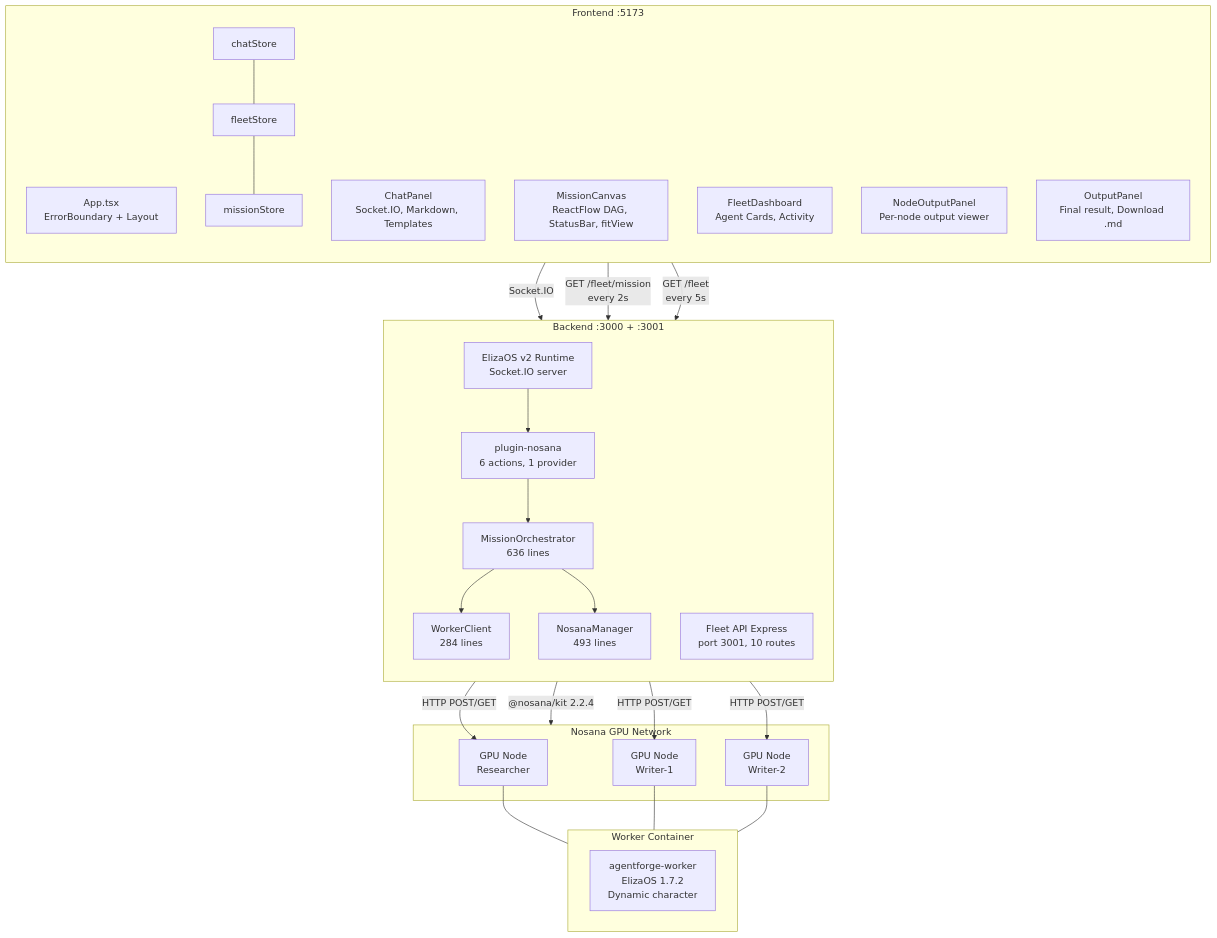
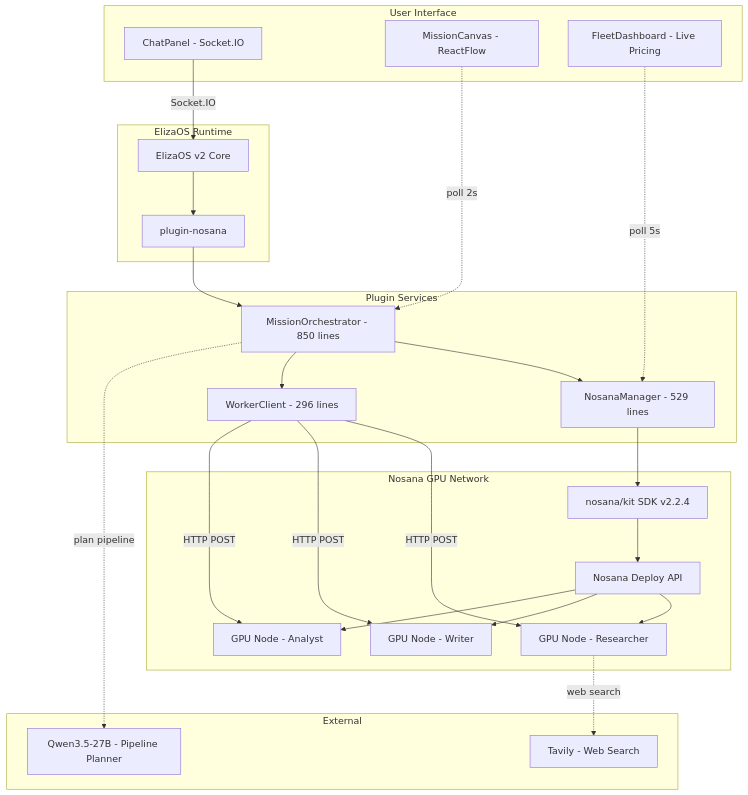
Before and after one commit to Andy00L/agent-challenge-4: the first of 5 diagrams in ARCHITECTURE.md, drawn with Mermaid. The commit also changed other lines of this file and 55 other files, not shown here.

````diff
--- a/ARCHITECTURE.md
+++ b/ARCHITECTURE.md
@@ -7,48 +7,45 @@
 ```mermaid
 graph TB
-    subgraph Frontend["Frontend :5173"]
-        direction TB
-        App["App.tsx\nErrorBoundary + Layout"]
-        Chat["ChatPanel\nSocket.IO, Markdown, Templates"]
-        Canvas["MissionCanvas\nReactFlow DAG, StatusBar, fitView"]
-        FleetD["FleetDashboard\nAgent Cards, Activity"]
-        NOP["NodeOutputPanel\nPer-node output viewer"]
-        OP["OutputPanel\nFinal result, Download .md"]
-        CS["chatStore"] --- FS["fleetStore"] --- MS["missionStore"]
+    subgraph User Interface
+        Chat[ChatPanel - Socket.IO]
+        Canvas[MissionCanvas - ReactFlow]
+        Fleet[FleetDashboard - Live Pricing]
     end
-
-    subgraph Backend["Backend :3000 + :3001"]
-        direction TB
-        Eliza["ElizaOS v2 Runtime\nSocket.IO server"]
-        Plugin["plugin-nosana\n6 actions, 1 provider"]
-        Orch["MissionOrchestrator\n636 lines"]
-        WC["WorkerClient\n284 lines"]
-        NM["NosanaManager\n493 lines"]
-        API["Fleet API Express\nport 3001, 10 routes"]
+    subgraph ElizaOS Runtime
+        Core[ElizaOS v2 Core]
+        Plugin[plugin-nosana]
     end
-
-    subgraph Nosana["Nosana GPU Network"]
-        GPU1["GPU Node\nResearcher"]
-        GPU2["GPU Node\nWriter-1"]
-        GPU3["GPU Node\nWriter-2"]
+    subgraph Plugin Services
+        Orch[MissionOrchestrator - 850 lines]
+        Manager[NosanaManager - 529 lines]
+        Worker[WorkerClient - 296 lines]
     end
-
-    subgraph Docker["Worker Container"]
-        WImg["agentforge-worker\nElizaOS 1.7.2\nDynamic character"]
+    subgraph Nosana GPU Network
+        SDK[nosana/kit SDK v2.2.4]
+        API[Nosana Deploy API]
+        GPU1[GPU Node - Researcher]
+        GPU2[GPU Node - Writer]
+        GPU3[GPU Node - Analyst]
     end
-
-    Chat -->|"Socket.IO"| Eliza
-    Eliza --> Plugin
+    subgraph External
+        LLM[Qwen3.5-27B - Pipeline Planner]
+        Tavily[Tavily - Web Search]
+    end
+    Chat -->|Socket.IO| Core
+    Core --> Plugin
     Plugin --> Orch
-    Orch --> WC
-    Orch --> NM
-    NM -->|"@nosana/kit 2.2.4"| Nosana
-    WC -->|"HTTP POST/GET"| GPU1
-    WC -->|"HTTP POST/GET"| GPU2
-    WC -->|"HTTP POST/GET"| GPU3
-    GPU1 --- Docker
-    GPU2 --- Docker
-    GPU3 --- Docker
-    Canvas -->|"GET /fleet/mission\nevery 2s"| API
-    FleetD -->|"GET /fleet\nevery 5s"| API
+    Orch --> Manager
+    Orch --> Worker
+    Manager --> SDK
+    SDK --> API
+    API --> GPU1
+    API --> GPU2
+    API --> GPU3
+    Worker -->|HTTP POST| GPU1
+    Worker -->|HTTP POST| GPU2
+    Worker -->|HTTP POST| GPU3
+    GPU1 -.->|web search| Tavily
+    Orch -.->|plan pipeline| LLM
+    Canvas -.->|poll 2s| Orch
+    Fleet -.->|poll 5s| Manager
 ```
````
